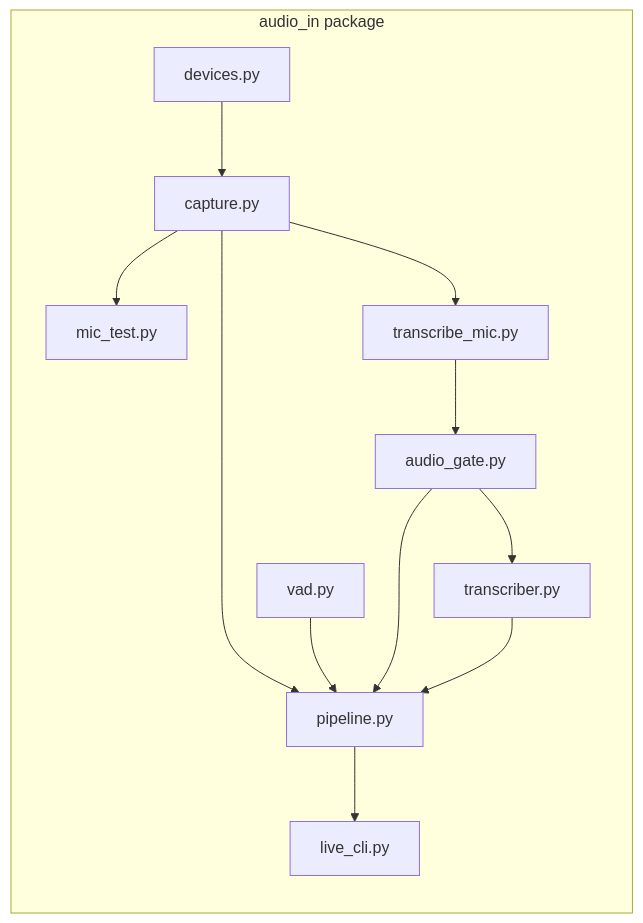
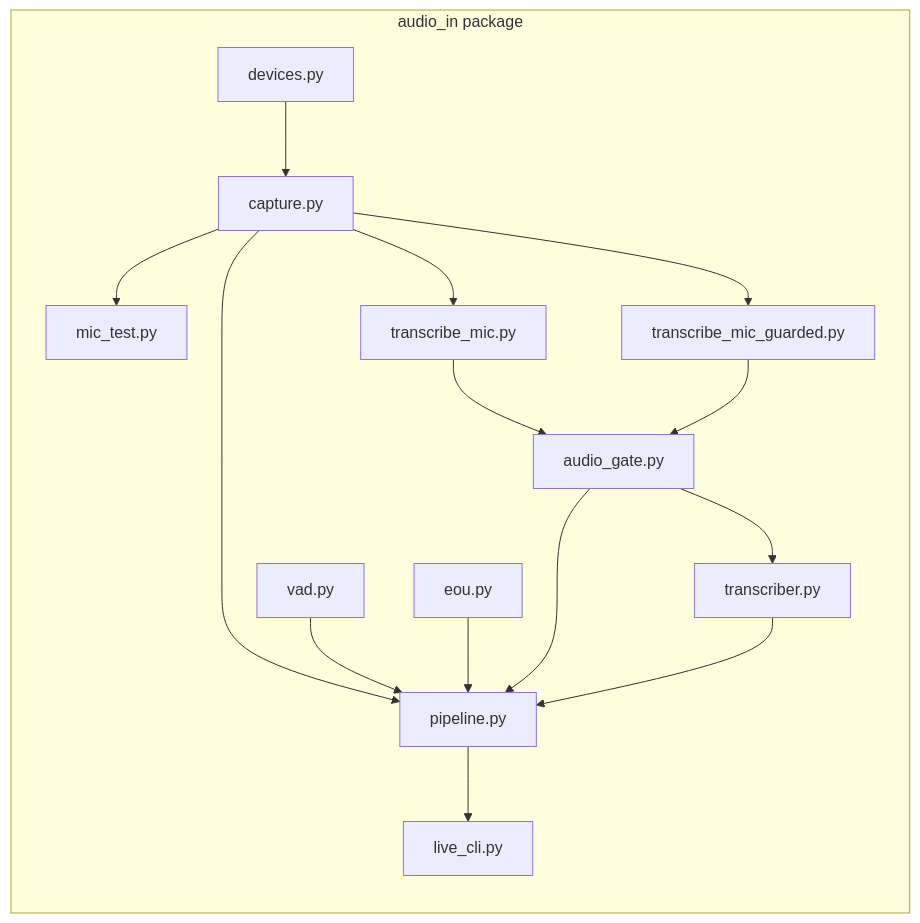
The second of 5 diagrams in README.md (AnishTy00/STT-MODEL---ROAV), drawn with Mermaid before and after one commit. The commit also changed other lines of this file and 20 other files, not shown here.

````diff
--- a/README.md
+++ b/README.md
@@ -97,25 +106,30 @@
 ```mermaid
 flowchart LR
     subgraph audio_in package
         D[devices.py]
         C[capture.py]
         G[audio_gate.py]
         V[vad.py]
+        E[eou.py]
         P[pipeline.py]
         T[transcriber.py]
         M[mic_test.py]
         X[transcribe_mic.py]
+        XG[transcribe_mic_guarded.py]
         L[live_cli.py]
     end
 
     D --> C
     C --> M
     C --> X
+    C --> XG
     X --> G
+    XG --> G
     G --> T
     C --> P
     V --> P
+    E --> P
     G --> P
     T --> P
     P --> L
 ```
````
